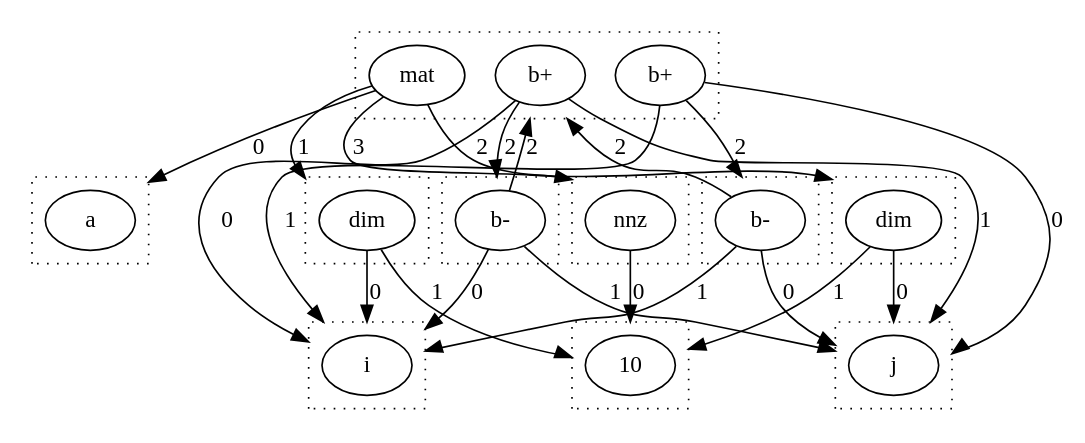
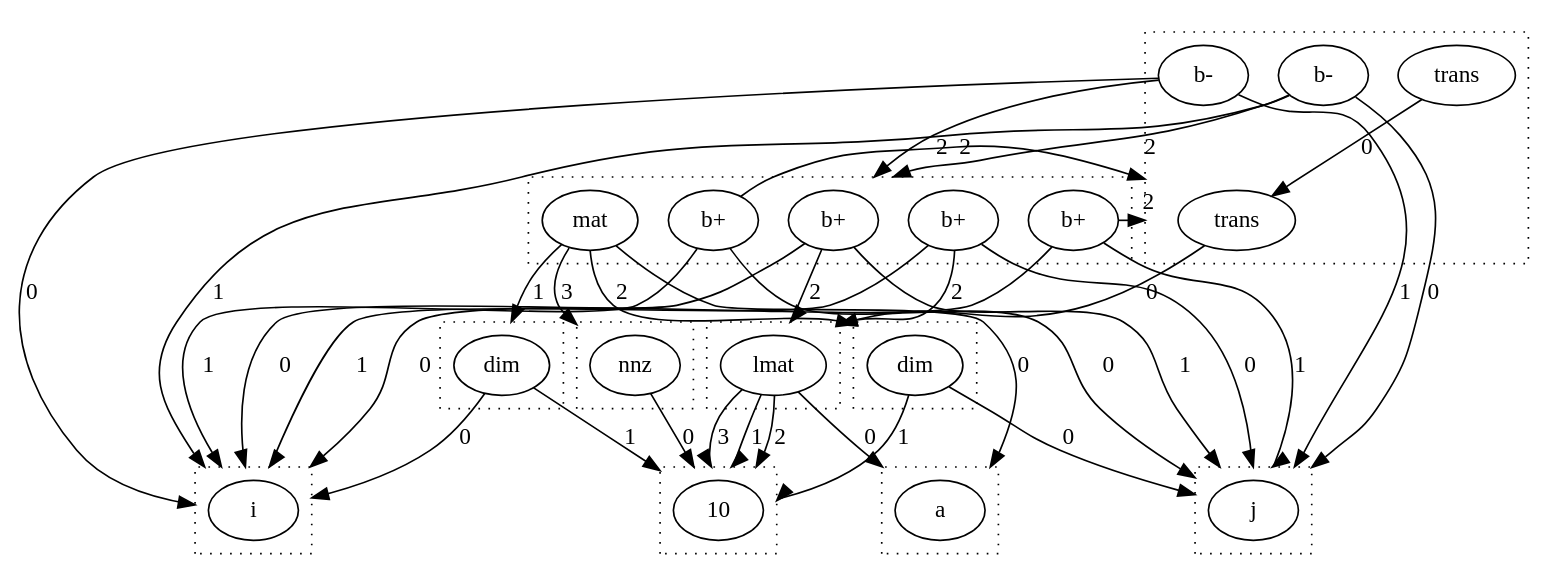
One commit to wormhole-optimization/warp changed the diagram in dots/rabind.dot. Above: the diagram before and after it, drawn with Graphviz. The commit also changed 12 other files, not shown here.

```diff
--- a/dots/rabind.dot
+++ b/dots/rabind.dot
@@ -1,66 +1,83 @@
 digraph {
   compound=true
   subgraph cluster_0 {
     style=dotted
     0.0[label = "a"]
   }
   subgraph cluster_1 {
     style=dotted
     1.0[label = "i"]
   }
   subgraph cluster_2 {
     style=dotted
     2.0[label = "10"]
   }
   subgraph cluster_3 {
     style=dotted
     3.0[label = "dim"]
   }
   subgraph cluster_4 {
     style=dotted
     4.0[label = "j"]
   }
   subgraph cluster_5 {
     style=dotted
     5.0[label = "dim"]
   }
   subgraph cluster_6 {
     style=dotted
     6.0[label = "nnz"]
   }
   subgraph cluster_7 {
     style=dotted
     7.0[label = "b+"]
     7.1[label = "mat"]
     7.2[label = "b+"]
+    7.3[label = "b+"]
+    7.4[label = "b+"]
   }
   subgraph cluster_8 {
     style=dotted
-    8.0[label = "b-"]
+    8.0[label = "lmat"]
   }
-  subgraph cluster_10 {
+  subgraph cluster_11 {
     style=dotted
-    10.0[label = "b-"]
+    11.0[label = "trans"]
+    11.1[label = "b-"]
+    11.2[label = "trans"]
+    11.3[label = "b-"]
   }
   3.0 -> 1.0 [lhead = cluster_1, label = 0]
   3.0 -> 2.0 [lhead = cluster_2, label = 1]
   5.0 -> 4.0 [lhead = cluster_4, label = 0]
   5.0 -> 2.0 [lhead = cluster_2, label = 1]
   6.0 -> 2.0 [lhead = cluster_2, label = 0]
   7.0 -> 1.0 [lhead = cluster_1, label = 0]
   7.0 -> 4.0 [lhead = cluster_4, label = 1]
   7.0 -> 8.0 [lhead = cluster_8, label = 2]
   7.1 -> 0.0 [lhead = cluster_0, label = 0]
   7.1 -> 3.0 [lhead = cluster_3, label = 1]
   7.1 -> 5.0 [lhead = cluster_5, label = 2]
   7.1 -> 6.0 [lhead = cluster_6, label = 3]
   7.2 -> 4.0 [lhead = cluster_4, label = 0]
   7.2 -> 1.0 [lhead = cluster_1, label = 1]
-  7.2 -> 10.0 [lhead = cluster_10, label = 2]
-  8.0 -> 1.0 [lhead = cluster_1, label = 0]
-  8.0 -> 4.0 [lhead = cluster_4, label = 1]
-  8.0 -> 7.0 [lhead = cluster_7, label = 2]
-  10.0 -> 4.0 [lhead = cluster_4, label = 0]
-  10.0 -> 1.0 [lhead = cluster_1, label = 1]
-  10.0 -> 7.0 [lhead = cluster_7, label = 2]
+  7.2 -> 8.0 [lhead = cluster_8, label = 2]
+  7.3 -> 4.0 [lhead = cluster_4, label = 0]
+  7.3 -> 1.0 [lhead = cluster_1, label = 1]
+  7.3 -> 11.0 [lhead = cluster_11, label = 2]
+  7.4 -> 1.0 [lhead = cluster_1, label = 0]
+  7.4 -> 4.0 [lhead = cluster_4, label = 1]
+  7.4 -> 11.0 [lhead = cluster_11, label = 2]
+  8.0 -> 0.0 [lhead = cluster_0, label = 0]
+  8.0 -> 2.0 [lhead = cluster_2, label = 1]
+  8.0 -> 2.0 [lhead = cluster_2, label = 2]
+  8.0 -> 2.0 [lhead = cluster_2, label = 3]
+  11.0 -> 8.0 [lhead = cluster_8, label = 0]
+  11.1 -> 4.0 [lhead = cluster_4, label = 0]
+  11.1 -> 1.0 [lhead = cluster_1, label = 1]
+  11.1 -> 7.0 [lhead = cluster_7, label = 2]
+  11.2 -> 11.0 [lhead = cluster_11, label = 0]
+  11.3 -> 1.0 [lhead = cluster_1, label = 0]
+  11.3 -> 4.0 [lhead = cluster_4, label = 1]
+  11.3 -> 7.0 [lhead = cluster_7, label = 2]
 }
```
